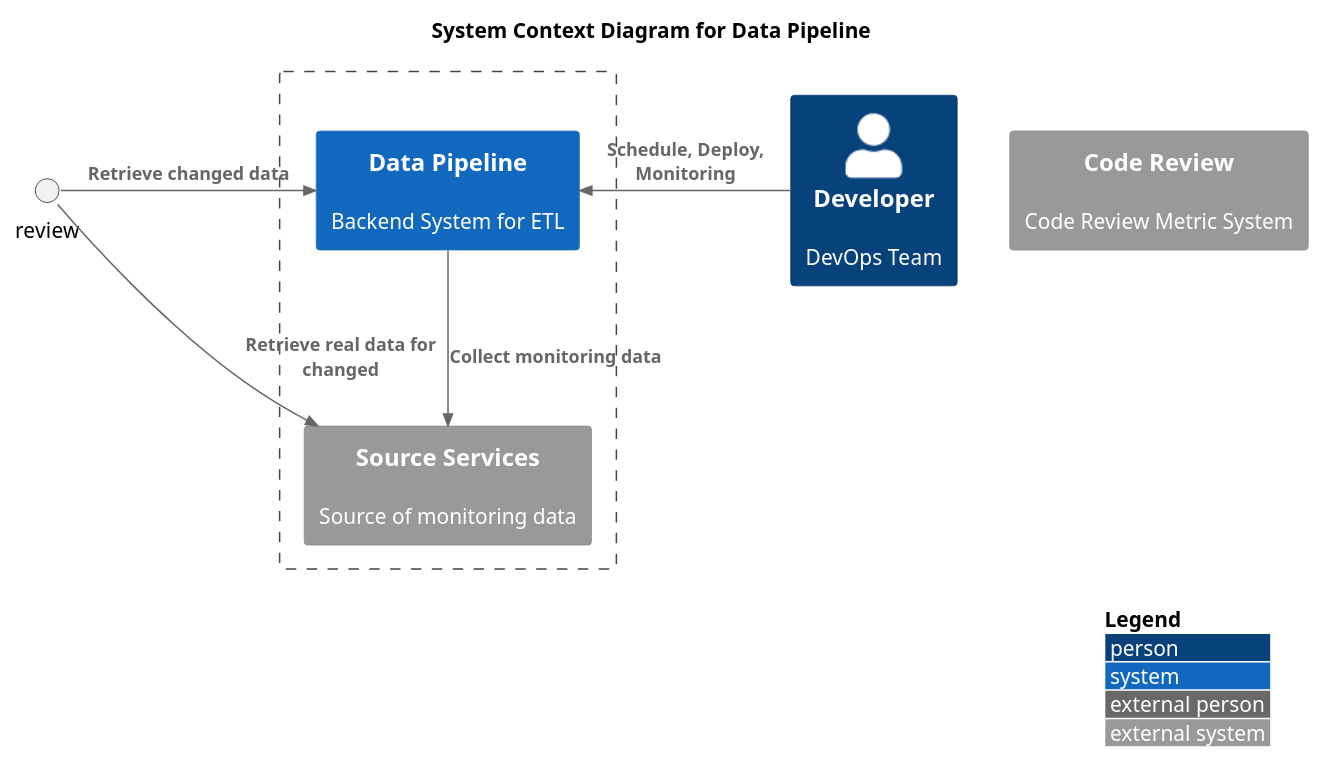
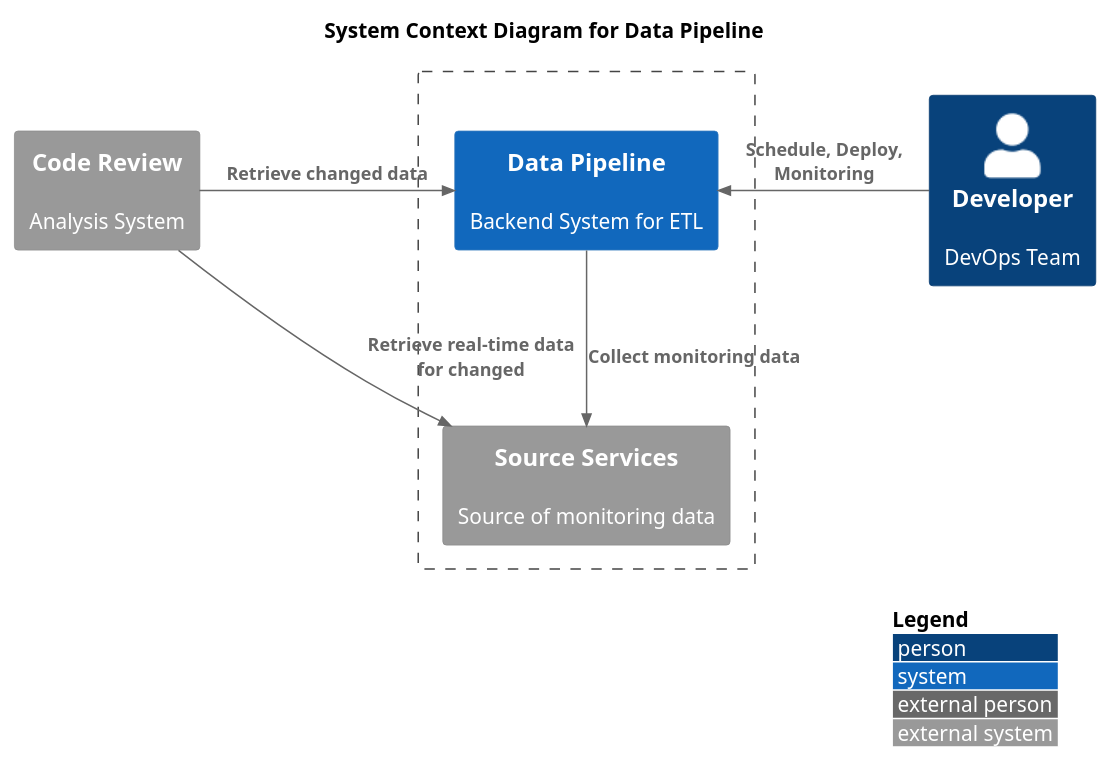
One commit to yanghoon/obsidian-workspace changed the first of 2 diagrams in _diary/2024-06-19.md. Above: the diagram before and after it, drawn with PlantUML.

Commit message:
vault backup: 2024-06-21 19:27:01

````diff
--- a/_diary/2024-06-19.md
+++ b/_diary/2024-06-19.md
@@ -3,20 +3,20 @@
 ```plantuml
 !include <C4/C4_Context.puml>
 
 LAYOUT_TOP_DOWN()
 LAYOUT_WITH_LEGEND()
 
 title System Context Diagram for Data Pipeline
 
-System_Ext(analysis, "Code Review", "Code Review Metric System")
+System_Ext(analysis, "Code Review", "Analysis System")
 Boundary(system, "") {
 	System_Ext(service, "Source Services", "Source of monitoring data")
 	System(app, "Data Pipeline", "Backend System for ETL")
 }
 Person(developer, "Developer", "DevOps Team")
 
-Rel_Right(review, app, "Retrieve changed data")
-Rel_Right(review, service, "Retrieve real data for changed")
+Rel_Right(analysis, app, "Retrieve changed data")
+Rel_Right(analysis, service, "Retrieve real-time data for changed")
 Rel_Left(developer, app, "Schedule, Deploy, Monitoring")
 Rel_Down(app, service, "Collect monitoring data")
 ```
````
